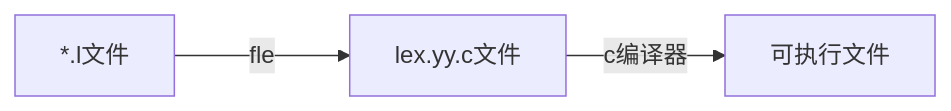
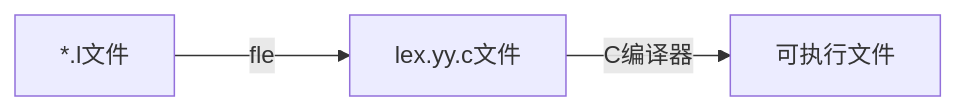
Before and after one commit to wu-kan/wu-kan.github.io: the diagram in _posts/2020-05-14-使用词法分析器 Flex 提取程序中的整数和浮点数.md, drawn with Mermaid. The commit also changed other lines of this file, not shown here.

````diff
--- a/_posts/2020-05-14-使用词法分析器 Flex 提取程序中的整数和浮点数.md
+++ b/_posts/2020-05-14-使用词法分析器 Flex 提取程序中的整数和浮点数.md
@@ -108,4 +107,4 @@
 ```mermaid
 flowchart LR
-*.l文件--flex-->lex.yy.c文件--c编译器-->可执行文件
+*.l文件--flex-->lex.yy.c文件--C编译器-->可执行文件
 ```
````
